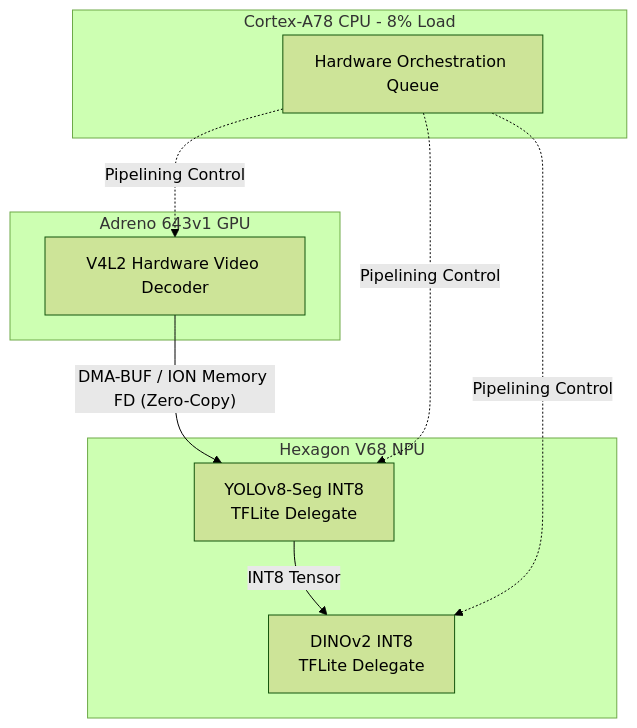
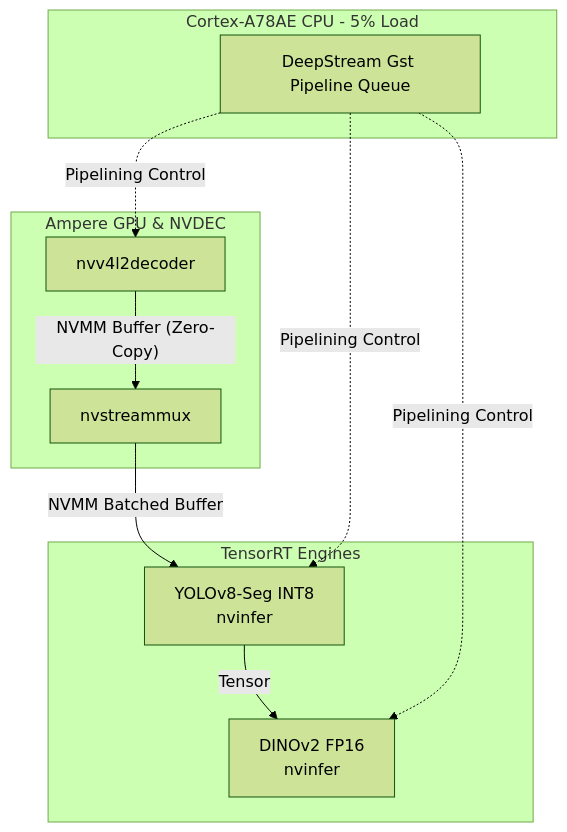
Before and after one commit to zok213/DAT1: the fifth of 5 diagrams in README.md, drawn with Mermaid (forest theme). The commit also changed other lines of this file and 3 other files, not shown here.

Commit message:
feat: Adapt optimization suite for Jetson Orin with NVMM Zero-Copy and TensorRT

````diff
--- a/README.md
+++ b/README.md
@@ -71,22 +60,24 @@
 ```mermaid
 graph TD
-    subgraph GPU [Adreno 643v1 GPU]
-        V4L2[V4L2 Hardware Video Decoder]
+    subgraph GPU [Ampere GPU & NVDEC]
+        V4L2[nvv4l2decoder]
+        MUX[nvstreammux]
     end
     
-    subgraph CPU [Cortex-A78 CPU - 8% Load]
-        Q[Hardware Orchestration Queue]
+    subgraph CPU [Cortex-A78AE CPU - 5% Load]
+        Q[DeepStream Gst Pipeline Queue]
     end
     
-    subgraph DSP [Hexagon V68 NPU]
-        Y[YOLOv8-Seg INT8<br>TFLite Delegate]
-        D[DINOv2 INT8<br>TFLite Delegate]
+    subgraph TensorRT [TensorRT Engines]
+        Y[YOLOv8-Seg INT8<br>nvinfer]
+        D[DINOv2 FP16<br>nvinfer]
     end
     
-    V4L2 -- DMA-BUF / ION Memory FD (Zero-Copy) --> Y
-    Y -- INT8 Tensor --> D
+    V4L2 -- NVMM Buffer (Zero-Copy) --> MUX
+    MUX -- NVMM Batched Buffer --> Y
+    Y -- Tensor --> D
     
     Q -. Pipelining Control .-> V4L2
     Q -. Pipelining Control .-> Y
     Q -. Pipelining Control .-> D
 ```
````
